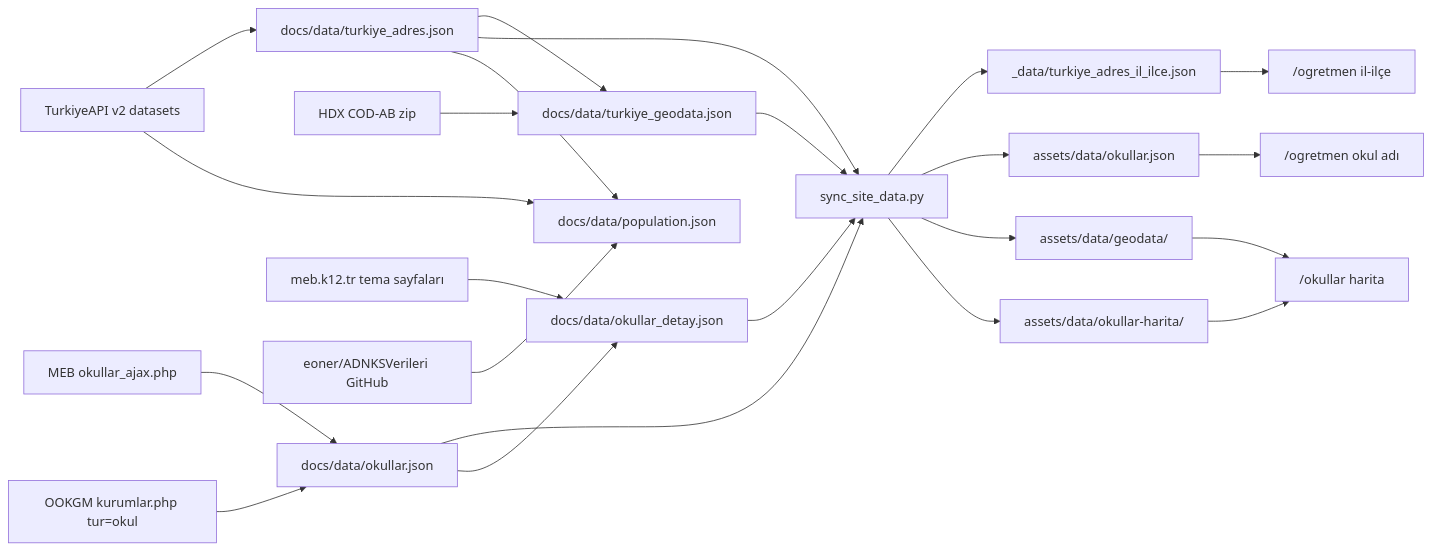
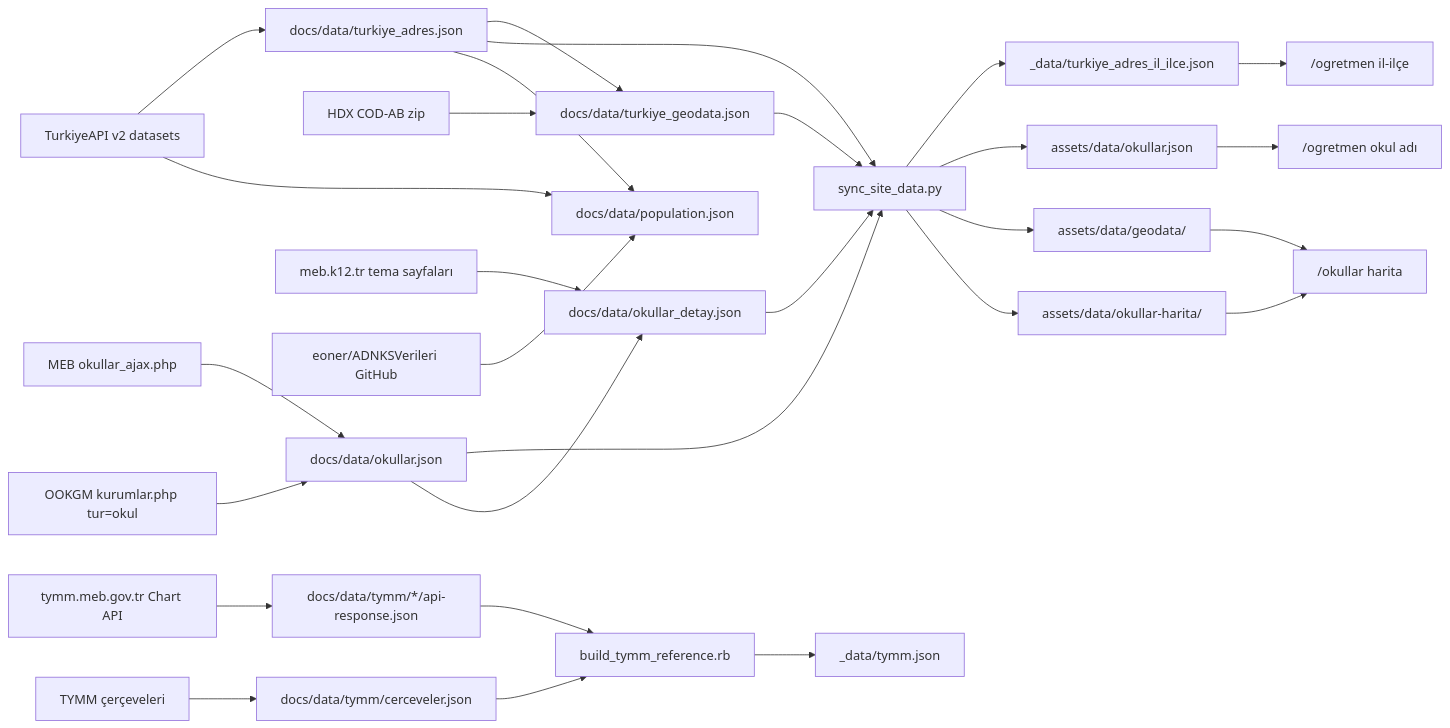
Before and after one commit to edamla/damlaegitim: the first of 2 diagrams in getdata.md, drawn with Mermaid. The commit also changed other lines of this file and 237 other files, not shown here.

````diff
--- a/getdata.md
+++ b/getdata.md
@@ -19,25 +20,30 @@
 ```mermaid
 flowchart LR
   api["TurkiyeAPI v2 datasets"] --> adres["docs/data/turkiye_adres.json"]
   hdx["HDX COD-AB zip"] --> geodata["docs/data/turkiye_geodata.json"]
   adres --> geodata
   meb["MEB okullar_ajax.php"] --> okullar["docs/data/okullar.json"]
   ookgm["OOKGM kurumlar.php tur=okul"] --> okullar
   adres --> sync["sync_site_data.py"]
   okullar --> sync
   sync --> slim["_data/turkiye_adres_il_ilce.json"]
   sync --> assets["assets/data/okullar.json"]
   sync --> geoOut["assets/data/geodata/"]
   sync --> haritaOut["assets/data/okullar-harita/"]
   okullar --> detay["docs/data/okullar_detay.json"]
   mebSiteler["meb.k12.tr tema sayfaları"] --> detay
   geodata --> sync
   detay --> sync
   api --> pop["docs/data/population.json"]
   eoner["eoner/ADNKSVerileri GitHub"] --> pop
   adres --> pop
+  tymmApi["tymm.meb.gov.tr Chart API"] --> tymmRaw["docs/data/tymm/*/api-response.json"]
+  tymmDeger["TYMM çerçeveleri"] --> tymmHam["docs/data/tymm/cerceveler.json"]
+  tymmRaw --> tymmBuild["build_tymm_reference.rb"]
+  tymmHam --> tymmBuild
+  tymmBuild --> tymmSite["_data/tymm.json"]
   slim --> wizardIl["/ogretmen il-ilçe"]
   assets --> wizardOkul["/ogretmen okul adı"]
   geoOut --> okullarPage["/okullar harita"]
   haritaOut --> okullarPage
 ```
````
